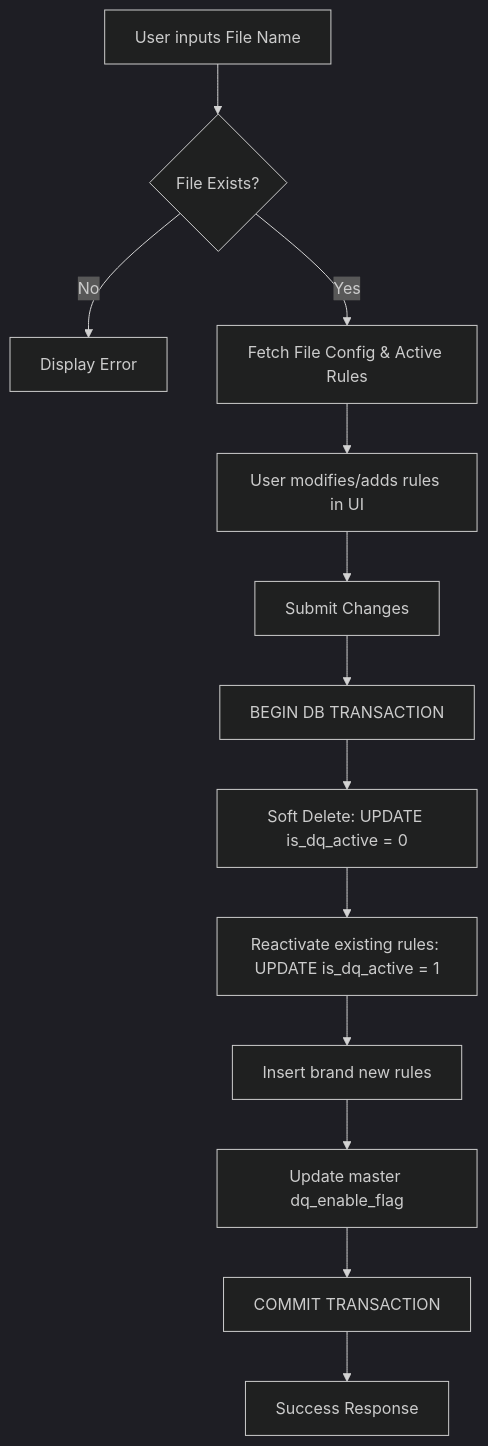
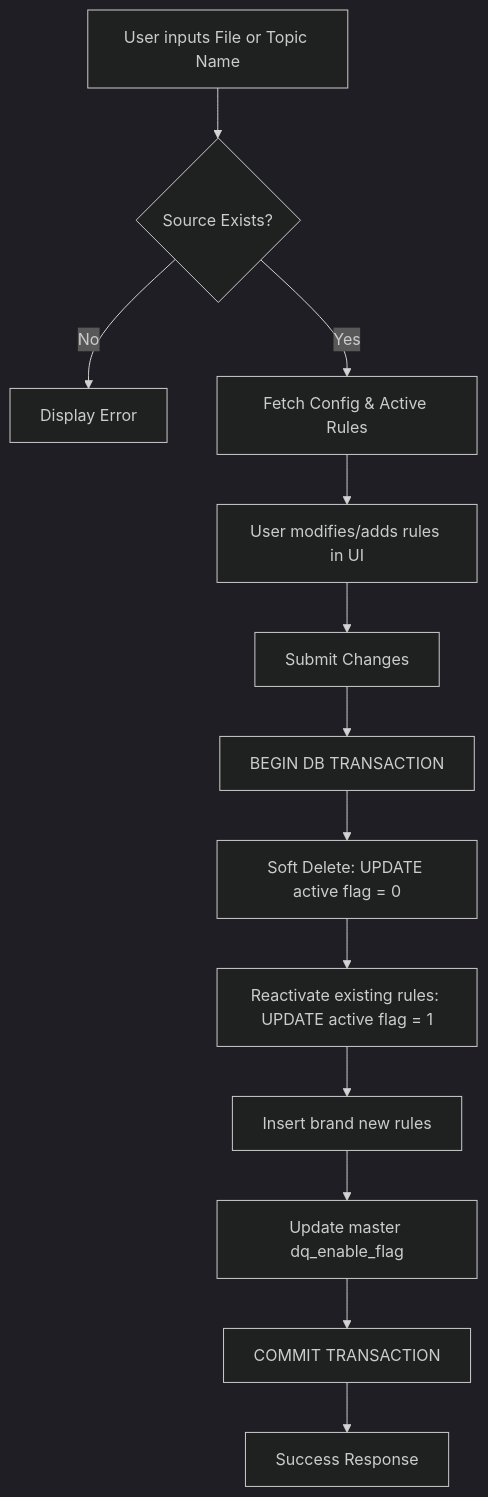
Before and after one commit to RawatShreyansh/onboarding_form: the fourth of 4 diagrams in README.md, drawn with Mermaid (dark theme). The commit also changed other lines of this file, not shown here.

````diff
--- a/README.md
+++ b/README.md
@@ -131,15 +166,15 @@
 ```mermaid
 flowchart TD
-    A[User inputs File Name] --> B{File Exists?}
+    A[User inputs File or Topic Name] --> B{Source Exists?}
     B -- No --> C[Display Error]
-    B -- Yes --> D[Fetch File Config & Active Rules]
+    B -- Yes --> D[Fetch Config & Active Rules]
     D --> E[User modifies/adds rules in UI]
     E --> F[Submit Changes]
     F --> G[BEGIN DB TRANSACTION]
-    G --> H[Soft Delete: UPDATE is_dq_active = 0]
-    H --> I[Reactivate existing rules: UPDATE is_dq_active = 1]
+    G --> H[Soft Delete: UPDATE active flag = 0]
+    H --> I[Reactivate existing rules: UPDATE active flag = 1]
     I --> J[Insert brand new rules]
     J --> K[Update master dq_enable_flag]
     K --> L[COMMIT TRANSACTION]
     L --> M[Success Response]
 ```
````
